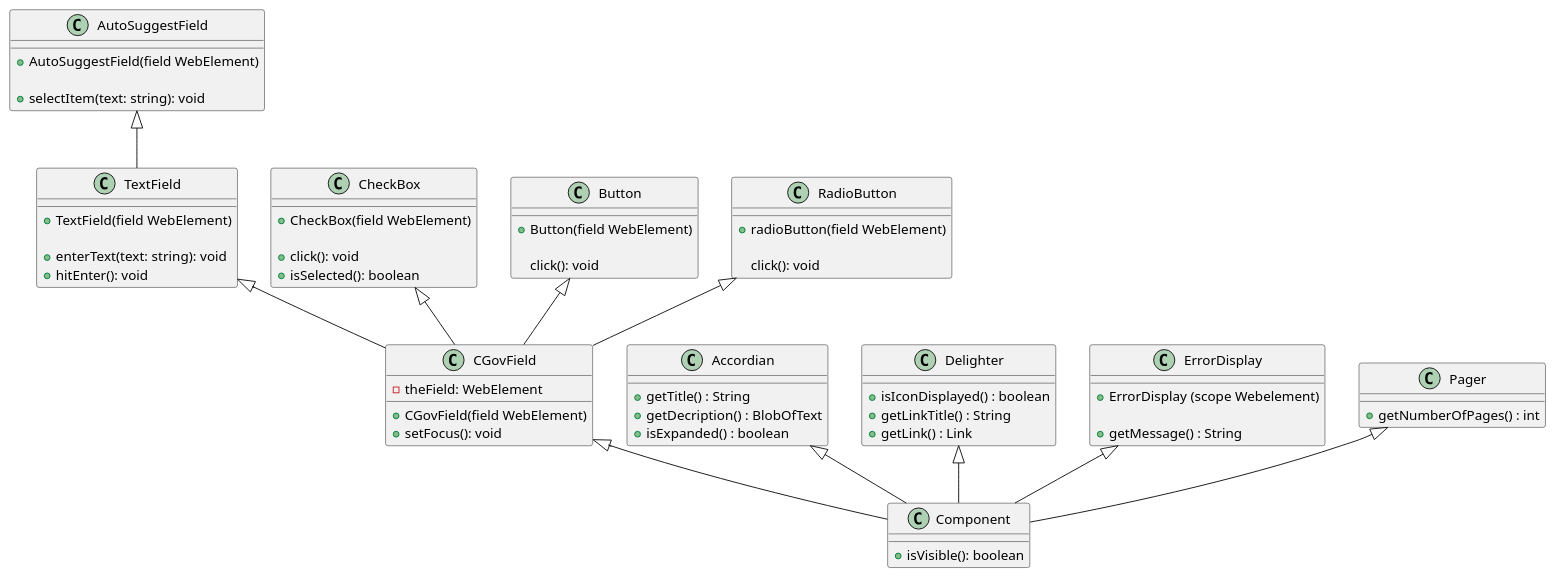
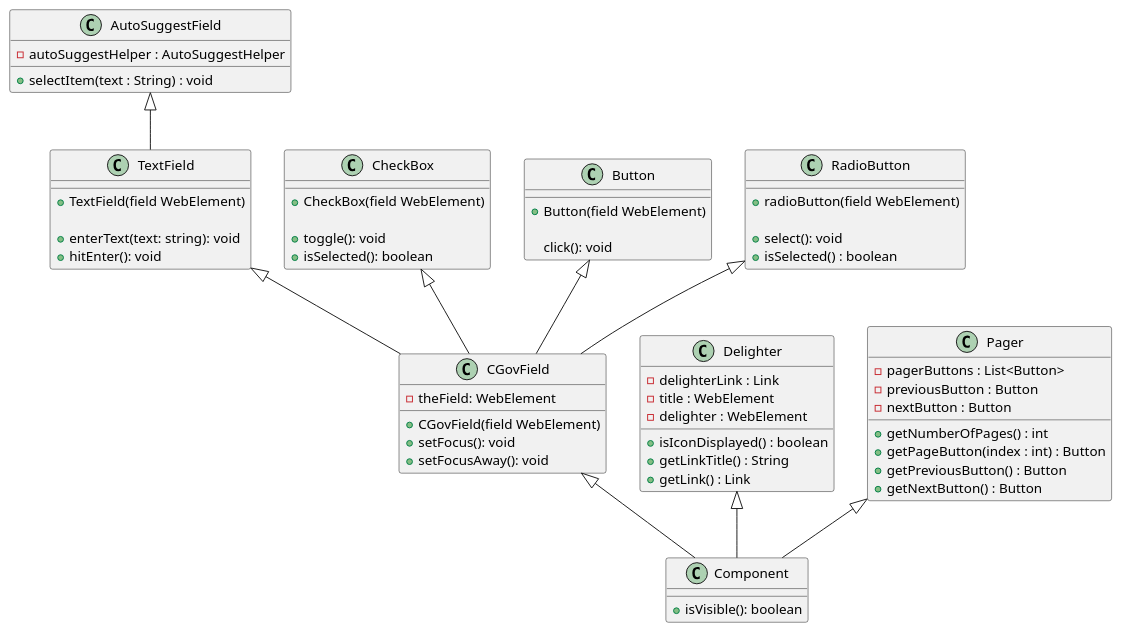
Before and after one commit to kate-mashkina/automation-design-diagrams: the diagram in diagrams/src/class/components.wsd, drawn with PlantUML. The commit also changed 7 other files, not shown here.

```diff
--- a/diagrams/src/class/components.wsd
+++ b/diagrams/src/class/components.wsd
@@ -1,82 +1,81 @@
 @startuml
 
 class Component{
     +isVisible(): boolean
 }
+class AutoSuggestField {
+    - autoSuggestHelper : AutoSuggestHelper
+
+    + selectItem(text : String) : void
+}
+AutoSuggestField <|-- TextField
 
 class CGovField {
 
     -theField: WebElement
 
     +CGovField(field WebElement)
     +setFocus(): void
+    +setFocusAway(): void
 }
 CGovField <|-- Component
 
 class TextField {
     +TextField(field WebElement)
 
     +enterText(text: string): void
     +hitEnter(): void
 }
 TextField <|-- CGovField
 
 class CheckBox {
     +CheckBox(field WebElement)
 
-    +click(): void
+    +toggle(): void
     +isSelected(): boolean
 }
 CheckBox <|-- CGovField
 
 class Button {
     +Button(field WebElement)
 
     click(): void
 }
 Button <|-- CGovField
 
 class RadioButton {
     +radioButton(field WebElement)
 
-    click(): void
+    +select(): void
+    +isSelected() : boolean
 }
 RadioButton <|-- CGovField
 
-class AutoSuggestField {
-    +AutoSuggestField(field WebElement)
-
-    +selectItem(text: string): void
-}
-AutoSuggestField <|-- TextField
-
-class Accordian {
-    +getTitle() : String
-    +getDecription() : BlobOfText
-    +isExpanded() : boolean
-}
-Accordian <|-- Component
 
 class Delighter {
+- delighterLink : Link
+- title : WebElement
+- delighter : WebElement
+
 +isIconDisplayed() : boolean
 +getLinkTitle() : String
 +getLink() : Link
 
 }
 Delighter <|-- Component
 
-class ErrorDisplay{
-+ErrorDisplay (scope Webelement)
-
-+getMessage() : String
-}
-ErrorDisplay <|-- Component
-
 class Pager{
+- pagerButtons : List<Button>
+- previousButton : Button
+- nextButton : Button
 
 +getNumberOfPages() : int
++getPageButton(index : int) : Button
++ getPreviousButton() : Button
++ getNextButton() : Button
+
 
 }
 Pager <|-- Component
 
 @enduml
```
